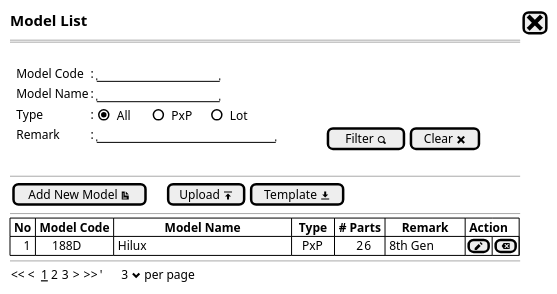
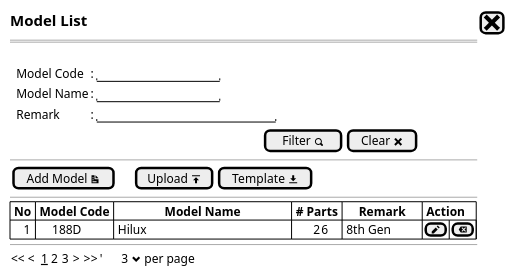
The diagram in Model/model - newstep0a.puml (ari-fikri/packing-cost-mockup), drawn with PlantUML before and after one commit. The commit also changed 5 other files, not shown here.

Commit message:
- Change Model structure - Remove some fields - Add type lot/pxp into part

```diff
--- a/Model/model - newstep0a.puml
+++ b/Model/model - newstep0a.puml
@@ -1,28 +1,27 @@
 @startsalt
 {
   <size:15><b>Model List |[<size:25><&x>]|*
   ==
   .
   {
     .|Model Code        |: |"               "|*
     .|Model Name        |: |"               "|*
-    .|Type              |: {(X)All      |()PxP     |   ()Lot  }*
-    .|Remark            |: |"                      "|              |[Filter <&magnifying-glass>]| [Clear <&x>]|*
+    .|Remark            |: |"                      "|*
   }
-  .
+  {|                                                                                |[Filter <&magnifying-glass>]|[Clear <&x>]|}
   --
   {
-  [Add New Model <&document>]|.|.|.|[Upload <&data-transfer-upload>]| [Template <&data-transfer-download>]|* 
+  [Add Model <&document>]|.|.|.|[Upload <&data-transfer-upload>]| [Template <&data-transfer-download>]|* 
   }
   --
   {#
-    | <b>No | <b>Model Code |                <b>Model Name                |  <b>Type  | <b># Parts |<b>     Remark     |<b> Action |*|*|*
-    |    1  |     188D      | Hilux                                       |   PxP     |       26  | 8th Gen           |[<&pencil>]|[<&delete>]|*
+    | <b>No | <b>Model Code |                <b>Model Name                | <b># Parts |<b>     Remark     |<b> Action |*|*|*
+    |    1  |     188D      | Hilux                                       |       26   | 8th Gen           |[<&pencil>]|[<&delete>]|*
   }
   --
   {
   << <  __1__ 2 3  > >>  |'      3 <&chevron-bottom> per page |*
   }
 
 }
 @endsalt
```
